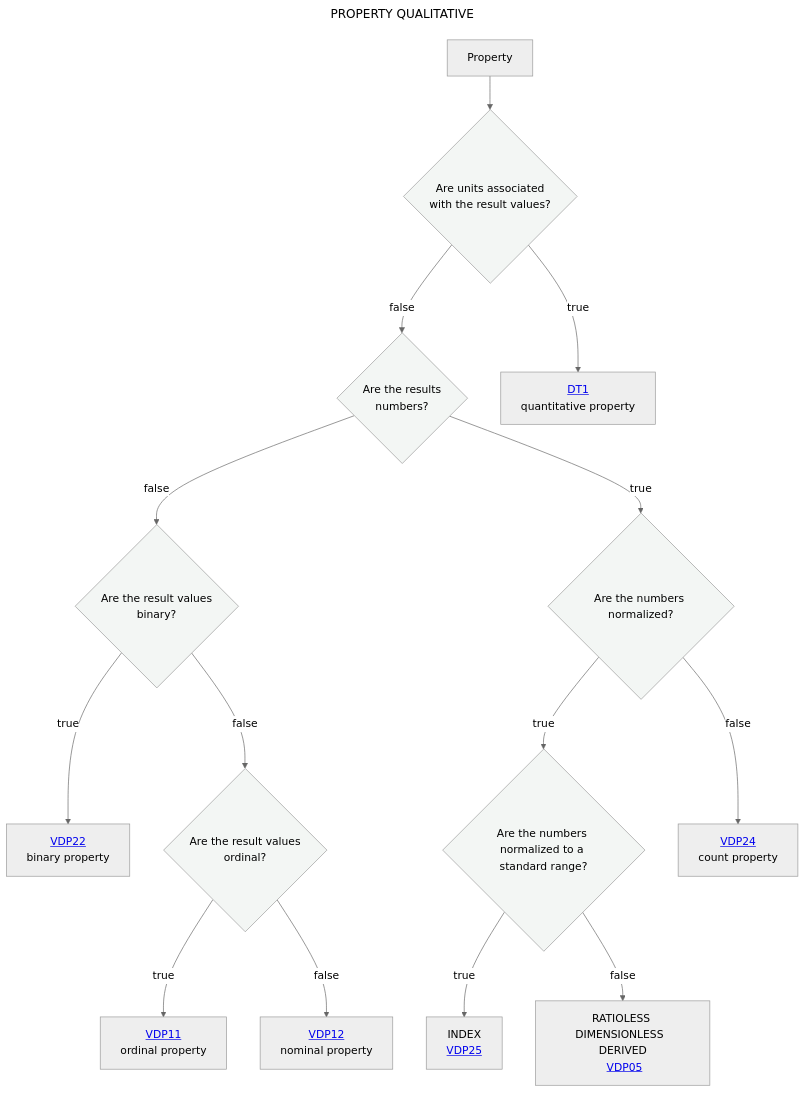
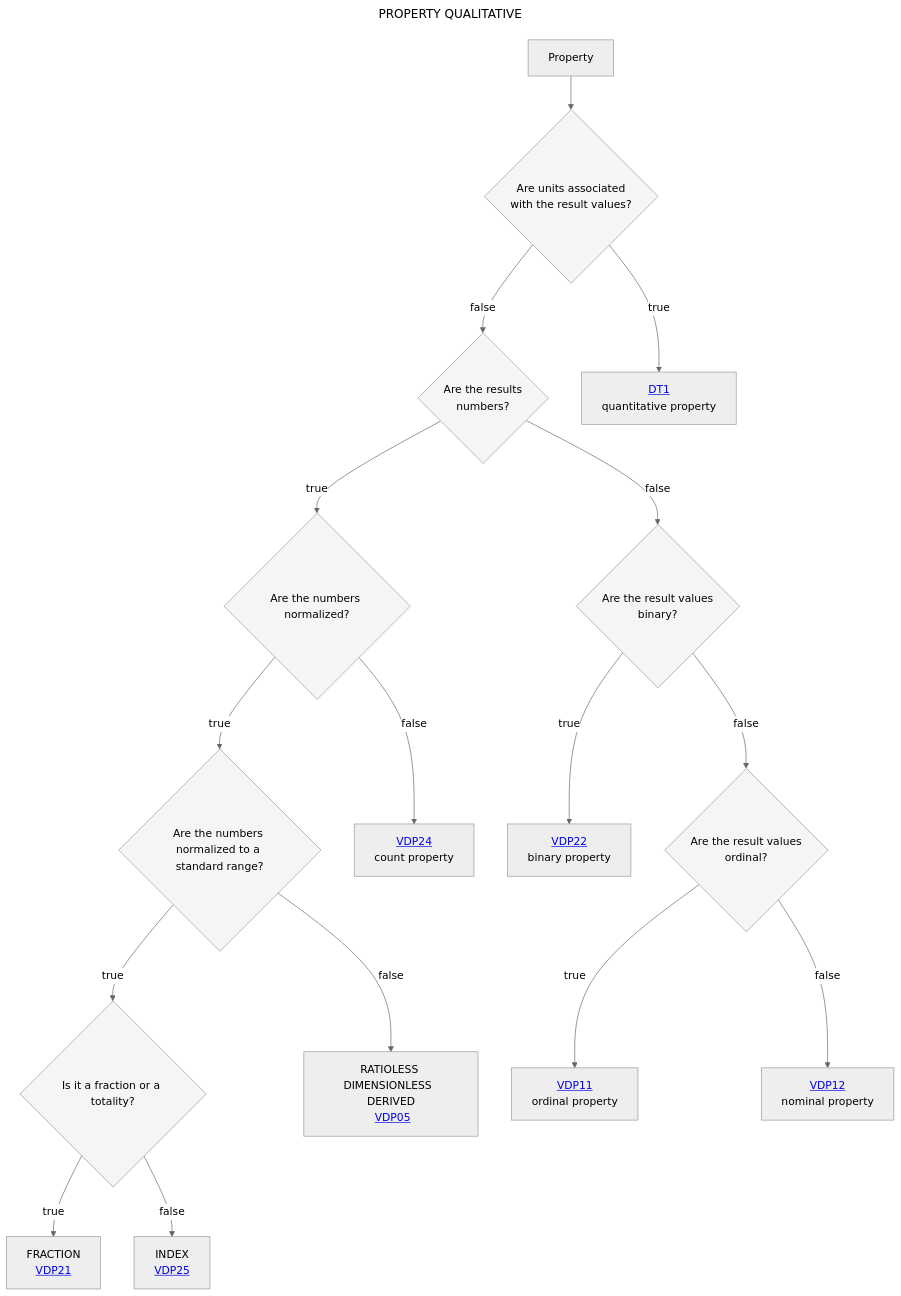
Before and after one commit to mabablue/I-ADOPT-patterns-playground: the diagram in Decisition_trees/DT0.mmd, drawn with Mermaid (neutral theme).

```diff
--- a/Decisition_trees/DT0.mmd
+++ b/Decisition_trees/DT0.mmd
@@ -1,21 +1,23 @@
 ---
 title: PROPERTY QUALITATIVE
 ---
 flowchart TD
     A[Property] --> B{Are units associated <br> with the result values?}:::white
     B --> |false|C{Are the results <br> numbers?}:::white
     B --> |true|D[<a href='https://github.com/mabablue/I-ADOPT-patterns-playground/blob/main/Decisition_trees/DT1.mmd'>DT1</a><br> quantitative property] 
     C --> |false|E{Are the result values <br> binary?}:::white
     C --> |true|H{Are the numbers normalized?}:::white
     H --> |true|HI{Are the numbers normalized to a standard range?}:::white
-    HI --> |true|HJ[INDEX <br> <a href='https://github.com/mabablue/I-ADOPT-patterns-playground/blob/main/pattern/VDP25.yaml'>VDP25</a>]
+    HI --> |true|HJ{Is it a fraction or a totality?}:::white
+    HJ --> |true|HM[FRACTION <br> <a href='https://github.com/mabablue/I-ADOPT-patterns-playground/blob/main/pattern/VDP21.yaml'>VDP21</a>]
+    HJ --> |false|HN[INDEX <br> <a href='https://github.com/mabablue/I-ADOPT-patterns-playground/blob/main/pattern/VDP25.yaml'>VDP25</a>]
     HI --> |false|HL[RATIOLESS DIMENSIONLESS  <br> DERIVED <br> <a href='https://github.com/mabablue/I-ADOPT-patterns-playground/blob/main/pattern/VDP05.yaml'>VDP05</a>]
     H --> |false|HK[<a href='https://github.com/mabablue/I-ADOPT-patterns-playground/blob/main/pattern/VDP24.yaml'>VDP24</a><br> count property] 
     E --> |true|F[<a href='https://github.com/mabablue/I-ADOPT-patterns-playground/blob/main/pattern/VDP22.yaml'>VDP22</a><br> binary property] 
     E --> |false|I{Are the result values <br> ordinal?}:::white
     I --> |true|J[<a href='https://github.com/mabablue/I-ADOPT-patterns-playground/blob/main/pattern/VDP11.yaml'>VDP11</a><br> ordinal property] 
     I --> |false|K[<a href='https://github.com/mabablue/I-ADOPT-patterns-playground/blob/main/pattern/VDP12.yaml'>VDP12</a><br> nominal property] 
    classDef blue fill:#90D5FF
    classDef satblue fill:#57B9FF 
    classDef white fill:#f3f6f4
    classDef green fill:#6aa84f
```
